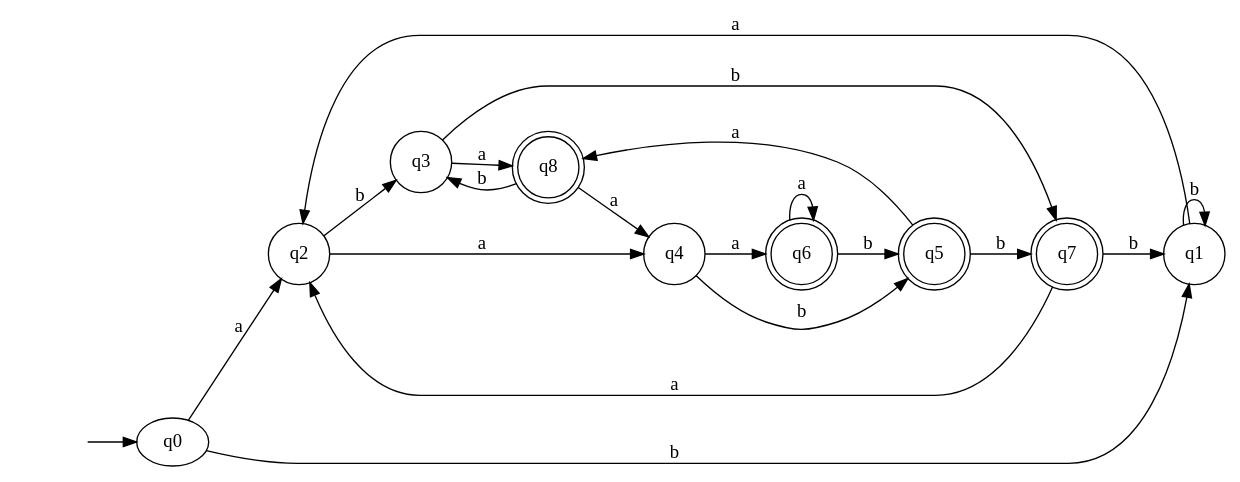
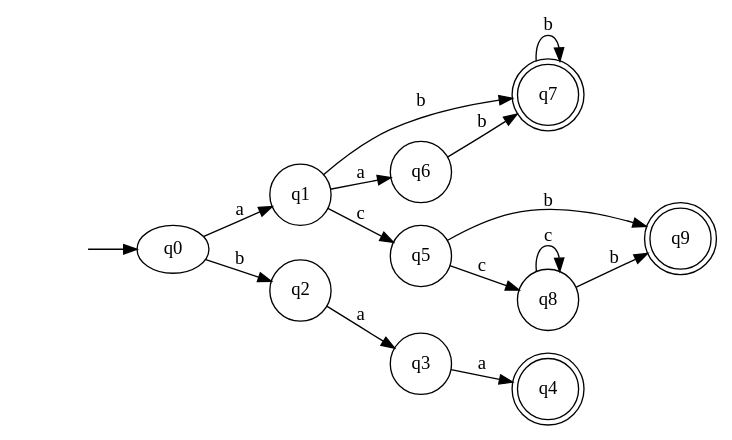
One commit to oscarparedez/compiler-project-1 changed the diagram in DFA FROM SUBSETS.gv. Above: the diagram before and after it, drawn with Graphviz. The commit also changed 8 other files, not shown here.

```diff
--- a/DFA FROM SUBSETS.gv
+++ b/DFA FROM SUBSETS.gv
@@ -1,31 +1,27 @@
 digraph "DFA FROM SUBSETS" {
 	graph [rankdir=LR]
 	"" [label="" shape=plaintext]
-	q8 [label=q8 shape=doublecircle]
+	q4 [label=q4 shape=doublecircle]
 	q7 [label=q7 shape=doublecircle]
-	q5 [label=q5 shape=doublecircle]
-	q6 [label=q6 shape=doublecircle]
+	q9 [label=q9 shape=doublecircle]
+	q1 [label=q1 shape=circle]
+	q6 [label=q6 shape=circle]
+	q5 [label=q5 shape=circle]
+	q3 [label=q3 shape=circle]
+	q8 [label=q8 shape=circle]
 	q2 [label=q2 shape=circle]
-	q3 [label=q3 shape=circle]
-	q1 [label=q1 shape=circle]
-	q4 [label=q4 shape=circle]
 	"" -> q0 [label=""]
-	q0 -> q1 [label=b]
-	q0 -> q2 [label=a]
-	q2 -> q3 [label=b]
-	q2 -> q4 [label=a]
-	q4 -> q5 [label=b]
-	q4 -> q6 [label=a]
-	q6 -> q5 [label=b]
-	q6 -> q6 [label=a]
-	q5 -> q7 [label=b]
-	q5 -> q8 [label=a]
-	q8 -> q3 [label=b]
-	q8 -> q4 [label=a]
-	q7 -> q1 [label=b]
-	q7 -> q2 [label=a]
-	q3 -> q7 [label=b]
-	q3 -> q8 [label=a]
-	q1 -> q1 [label=b]
-	q1 -> q2 [label=a]
+	q0 -> q1 [label=a]
+	q0 -> q2 [label=b]
+	q2 -> q3 [label=a]
+	q3 -> q4 [label=a]
+	q1 -> q5 [label=c]
+	q1 -> q6 [label=a]
+	q1 -> q7 [label=b]
+	q7 -> q7 [label=b]
+	q6 -> q7 [label=b]
+	q5 -> q8 [label=c]
+	q5 -> q9 [label=b]
+	q8 -> q8 [label=c]
+	q8 -> q9 [label=b]
 }
```
